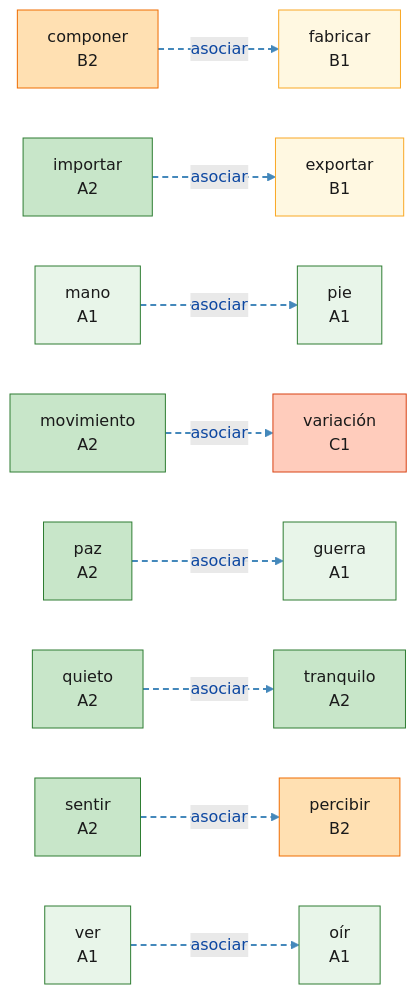
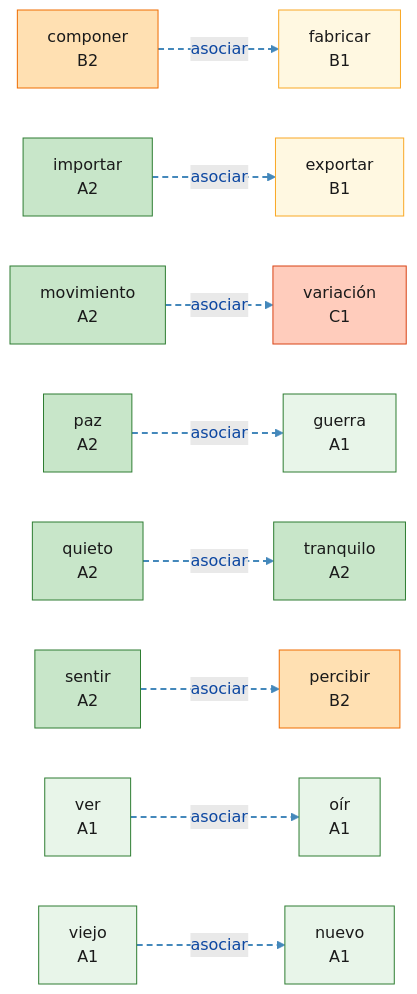
Before and after one commit to auding1900/es-raiz-vocab: the diagram in mindmaps/asociar_m-z-1-3.md, drawn with Mermaid. The commit also changed other lines of this file and 29 other files, not shown here.

First line of the commit message:
feat(data): 新增 C3 词根导图：cent,mill,dec,sept,nov,vet,prim,ult

````diff
--- a/mindmaps/asociar_m-z-1-3.md
+++ b/mindmaps/asociar_m-z-1-3.md
@@ -8,59 +8,59 @@
 ```mermaid
 graph LR
   W_componer["componer<br/>B2"]:::lvlB2
   W_exportar["exportar<br/>B1"]:::lvlB1
   W_fabricar["fabricar<br/>B1"]:::lvlB1
   W_guerra["guerra<br/>A1"]:::lvlA1
   W_importar["importar<br/>A2"]:::lvlA2
-  W_mano["mano<br/>A1"]:::lvlA1
   W_movimiento["movimiento<br/>A2"]:::lvlA2
+  W_nuevo["nuevo<br/>A1"]:::lvlA1
   W_oir["oír<br/>A1"]:::lvlA1
   W_paz["paz<br/>A2"]:::lvlA2
   W_percibir["percibir<br/>B2"]:::lvlB2
-  W_pie["pie<br/>A1"]:::lvlA1
   W_quieto["quieto<br/>A2"]:::lvlA2
   W_sentir["sentir<br/>A2"]:::lvlA2
   W_tranquilo["tranquilo<br/>A2"]:::lvlA2
   W_variacion["variación<br/>C1"]:::lvlC1
   W_ver["ver<br/>A1"]:::lvlA1
+  W_viejo["viejo<br/>A1"]:::lvlA1
   W_paz -.->|asociar| W_guerra
+  W_viejo -.->|asociar| W_nuevo
   W_movimiento -.->|asociar| W_variacion
   W_quieto -.->|asociar| W_tranquilo
   W_componer -.->|asociar| W_fabricar
   W_importar -.->|asociar| W_exportar
   W_ver -.->|asociar| W_oir
   W_sentir -.->|asociar| W_percibir
-  W_mano -.->|asociar| W_pie
   linkStyle 0 stroke:#4488bb,stroke-width:2px,stroke-dasharray:6 4
   linkStyle 1 stroke:#4488bb,stroke-width:2px,stroke-dasharray:6 4
   linkStyle 2 stroke:#4488bb,stroke-width:2px,stroke-dasharray:6 4
   linkStyle 3 stroke:#4488bb,stroke-width:2px,stroke-dasharray:6 4
   linkStyle 4 stroke:#4488bb,stroke-width:2px,stroke-dasharray:6 4
   linkStyle 5 stroke:#4488bb,stroke-width:2px,stroke-dasharray:6 4
   linkStyle 6 stroke:#4488bb,stroke-width:2px,stroke-dasharray:6 4
   linkStyle 7 stroke:#4488bb,stroke-width:2px,stroke-dasharray:6 4
   classDef root fill:#bbdefb,stroke:#1565c0,stroke-width:2px,color:#0d47a1
   classDef lvlA1 fill:#e8f5e9,stroke:#2e7d32,color:#1a1a1a
   classDef lvlA2 fill:#c8e6c9,stroke:#2e7d32,color:#1a1a1a
   classDef lvlB1 fill:#fff8e1,stroke:#f9a825,color:#1a1a1a
   classDef lvlB2 fill:#ffe0b2,stroke:#ef6c00,color:#1a1a1a
   classDef lvlC1 fill:#ffccbc,stroke:#d84315,color:#1a1a1a
   classDef lvlC2 fill:#ffcdd2,stroke:#b71c1c,color:#1a1a1a
   classDef lvlNA fill:#f5f5f5,stroke:#9e9e9e,color:#424242
   click W_componer "https://www.doubao.com/chat?q=%E8%A5%BF%E7%8F%AD%E7%89%99%E8%AF%ADcomponer%EF%BC%8C%E8%AF%8D%E6%A0%B9pon%EF%BC%8C%E8%A7%A3%E9%87%8A%E8%AF%8D%E4%B9%89%E3%80%81DELE%E7%AD%89%E7%BA%A7%E3%80%81%E8%AF%AD%E4%BD%93%E3%80%81%E5%B8%B8%E7%94%A8%E6%90%AD%E9%85%8D%E3%80%81%E8%BF%91%E4%B9%89%E8%AF%8D%E8%BE%A8%E6%9E%90%EF%BC%8C%E5%B9%B6%E4%B8%94%E7%BB%992%E6%9D%A1%E6%9D%A5%E8%87%AA%E5%85%AC%E7%89%88%E8%A5%BF%E8%AF%AD%E6%96%87%E6%9C%AC%EF%BC%88Wikisource%2F%E5%8F%A4%E7%99%BB%E5%A0%A1%EF%BC%89%E7%9A%84%E8%87%AA%E7%84%B6%E4%BE%8B%E5%8F%A5%EF%BC%8C%E4%BE%8B%E5%8F%A5%E4%BC%98%E5%85%88%E9%80%89%E7%94%A8%E7%8E%B0%E4%BB%A3%E6%A0%87%E5%87%86%E8%A5%BF%E7%8F%AD%E7%89%99%E8%AF%AD%EF%BC%8C%E5%8F%A4%E4%BD%93%E4%BE%8B%E5%8F%A5%E6%A0%87%E6%B3%A8%E3%80%90arca%C3%ADsmo%E3%80%91" "豆包查询：componer" _blank
   click W_exportar "https://www.doubao.com/chat?q=%E8%A5%BF%E7%8F%AD%E7%89%99%E8%AF%ADexportar%EF%BC%8C%E8%AF%8D%E6%A0%B9port%EF%BC%8C%E8%A7%A3%E9%87%8A%E8%AF%8D%E4%B9%89%E3%80%81DELE%E7%AD%89%E7%BA%A7%E3%80%81%E8%AF%AD%E4%BD%93%E3%80%81%E5%B8%B8%E7%94%A8%E6%90%AD%E9%85%8D%E3%80%81%E8%BF%91%E4%B9%89%E8%AF%8D%E8%BE%A8%E6%9E%90%EF%BC%8C%E5%B9%B6%E4%B8%94%E7%BB%992%E6%9D%A1%E6%9D%A5%E8%87%AA%E5%85%AC%E7%89%88%E8%A5%BF%E8%AF%AD%E6%96%87%E6%9C%AC%EF%BC%88Wikisource%2F%E5%8F%A4%E7%99%BB%E5%A0%A1%EF%BC%89%E7%9A%84%E8%87%AA%E7%84%B6%E4%BE%8B%E5%8F%A5%EF%BC%8C%E4%BE%8B%E5%8F%A5%E4%BC%98%E5%85%88%E9%80%89%E7%94%A8%E7%8E%B0%E4%BB%A3%E6%A0%87%E5%87%86%E8%A5%BF%E7%8F%AD%E7%89%99%E8%AF%AD%EF%BC%8C%E5%8F%A4%E4%BD%93%E4%BE%8B%E5%8F%A5%E6%A0%87%E6%B3%A8%E3%80%90arca%C3%ADsmo%E3%80%91" "豆包查询：exportar" _blank
   click W_fabricar "https://www.doubao.com/chat?q=%E8%A5%BF%E7%8F%AD%E7%89%99%E8%AF%ADfabricar%EF%BC%8C%E8%AF%8D%E6%A0%B9fac%EF%BC%8C%E8%A7%A3%E9%87%8A%E8%AF%8D%E4%B9%89%E3%80%81DELE%E7%AD%89%E7%BA%A7%E3%80%81%E8%AF%AD%E4%BD%93%E3%80%81%E5%B8%B8%E7%94%A8%E6%90%AD%E9%85%8D%E3%80%81%E8%BF%91%E4%B9%89%E8%AF%8D%E8%BE%A8%E6%9E%90%EF%BC%8C%E5%B9%B6%E4%B8%94%E7%BB%992%E6%9D%A1%E6%9D%A5%E8%87%AA%E5%85%AC%E7%89%88%E8%A5%BF%E8%AF%AD%E6%96%87%E6%9C%AC%EF%BC%88Wikisource%2F%E5%8F%A4%E7%99%BB%E5%A0%A1%EF%BC%89%E7%9A%84%E8%87%AA%E7%84%B6%E4%BE%8B%E5%8F%A5%EF%BC%8C%E4%BE%8B%E5%8F%A5%E4%BC%98%E5%85%88%E9%80%89%E7%94%A8%E7%8E%B0%E4%BB%A3%E6%A0%87%E5%87%86%E8%A5%BF%E7%8F%AD%E7%89%99%E8%AF%AD%EF%BC%8C%E5%8F%A4%E4%BD%93%E4%BE%8B%E5%8F%A5%E6%A0%87%E6%B3%A8%E3%80%90arca%C3%ADsmo%E3%80%91" "豆包查询：fabricar" _blank
   click W_guerra "https://www.doubao.com/chat?q=%E8%A5%BF%E7%8F%AD%E7%89%99%E8%AF%ADguerra%EF%BC%8C%E8%AF%8D%E6%A0%B9bell%EF%BC%8C%E8%A7%A3%E9%87%8A%E8%AF%8D%E4%B9%89%E3%80%81DELE%E7%AD%89%E7%BA%A7%E3%80%81%E8%AF%AD%E4%BD%93%E3%80%81%E5%B8%B8%E7%94%A8%E6%90%AD%E9%85%8D%E3%80%81%E8%BF%91%E4%B9%89%E8%AF%8D%E8%BE%A8%E6%9E%90%EF%BC%8C%E5%B9%B6%E4%B8%94%E7%BB%992%E6%9D%A1%E6%9D%A5%E8%87%AA%E5%85%AC%E7%89%88%E8%A5%BF%E8%AF%AD%E6%96%87%E6%9C%AC%EF%BC%88Wikisource%2F%E5%8F%A4%E7%99%BB%E5%A0%A1%EF%BC%89%E7%9A%84%E8%87%AA%E7%84%B6%E4%BE%8B%E5%8F%A5%EF%BC%8C%E4%BE%8B%E5%8F%A5%E4%BC%98%E5%85%88%E9%80%89%E7%94%A8%E7%8E%B0%E4%BB%A3%E6%A0%87%E5%87%86%E8%A5%BF%E7%8F%AD%E7%89%99%E8%AF%AD%EF%BC%8C%E5%8F%A4%E4%BD%93%E4%BE%8B%E5%8F%A5%E6%A0%87%E6%B3%A8%E3%80%90arca%C3%ADsmo%E3%80%91" "豆包查询：guerra" _blank
   click W_importar "https://www.doubao.com/chat?q=%E8%A5%BF%E7%8F%AD%E7%89%99%E8%AF%ADimportar%EF%BC%8C%E8%AF%8D%E6%A0%B9port%EF%BC%8C%E8%A7%A3%E9%87%8A%E8%AF%8D%E4%B9%89%E3%80%81DELE%E7%AD%89%E7%BA%A7%E3%80%81%E8%AF%AD%E4%BD%93%E3%80%81%E5%B8%B8%E7%94%A8%E6%90%AD%E9%85%8D%E3%80%81%E8%BF%91%E4%B9%89%E8%AF%8D%E8%BE%A8%E6%9E%90%EF%BC%8C%E5%B9%B6%E4%B8%94%E7%BB%992%E6%9D%A1%E6%9D%A5%E8%87%AA%E5%85%AC%E7%89%88%E8%A5%BF%E8%AF%AD%E6%96%87%E6%9C%AC%EF%BC%88Wikisource%2F%E5%8F%A4%E7%99%BB%E5%A0%A1%EF%BC%89%E7%9A%84%E8%87%AA%E7%84%B6%E4%BE%8B%E5%8F%A5%EF%BC%8C%E4%BE%8B%E5%8F%A5%E4%BC%98%E5%85%88%E9%80%89%E7%94%A8%E7%8E%B0%E4%BB%A3%E6%A0%87%E5%87%86%E8%A5%BF%E7%8F%AD%E7%89%99%E8%AF%AD%EF%BC%8C%E5%8F%A4%E4%BD%93%E4%BE%8B%E5%8F%A5%E6%A0%87%E6%B3%A8%E3%80%90arca%C3%ADsmo%E3%80%91" "豆包查询：importar" _blank
-  click W_mano "https://www.doubao.com/chat?q=%E8%A5%BF%E7%8F%AD%E7%89%99%E8%AF%ADmano%EF%BC%8C%E8%AF%8D%E6%A0%B9man%EF%BC%8C%E8%A7%A3%E9%87%8A%E8%AF%8D%E4%B9%89%E3%80%81DELE%E7%AD%89%E7%BA%A7%E3%80%81%E8%AF%AD%E4%BD%93%E3%80%81%E5%B8%B8%E7%94%A8%E6%90%AD%E9%85%8D%E3%80%81%E8%BF%91%E4%B9%89%E8%AF%8D%E8%BE%A8%E6%9E%90%EF%BC%8C%E5%B9%B6%E4%B8%94%E7%BB%992%E6%9D%A1%E6%9D%A5%E8%87%AA%E5%85%AC%E7%89%88%E8%A5%BF%E8%AF%AD%E6%96%87%E6%9C%AC%EF%BC%88Wikisource%2F%E5%8F%A4%E7%99%BB%E5%A0%A1%EF%BC%89%E7%9A%84%E8%87%AA%E7%84%B6%E4%BE%8B%E5%8F%A5%EF%BC%8C%E4%BE%8B%E5%8F%A5%E4%BC%98%E5%85%88%E9%80%89%E7%94%A8%E7%8E%B0%E4%BB%A3%E6%A0%87%E5%87%86%E8%A5%BF%E7%8F%AD%E7%89%99%E8%AF%AD%EF%BC%8C%E5%8F%A4%E4%BD%93%E4%BE%8B%E5%8F%A5%E6%A0%87%E6%B3%A8%E3%80%90arca%C3%ADsmo%E3%80%91" "豆包查询：mano" _blank
   click W_movimiento "https://www.doubao.com/chat?q=%E8%A5%BF%E7%8F%AD%E7%89%99%E8%AF%ADmovimiento%EF%BC%8C%E8%AF%8D%E6%A0%B9mov%EF%BC%8C%E8%A7%A3%E9%87%8A%E8%AF%8D%E4%B9%89%E3%80%81DELE%E7%AD%89%E7%BA%A7%E3%80%81%E8%AF%AD%E4%BD%93%E3%80%81%E5%B8%B8%E7%94%A8%E6%90%AD%E9%85%8D%E3%80%81%E8%BF%91%E4%B9%89%E8%AF%8D%E8%BE%A8%E6%9E%90%EF%BC%8C%E5%B9%B6%E4%B8%94%E7%BB%992%E6%9D%A1%E6%9D%A5%E8%87%AA%E5%85%AC%E7%89%88%E8%A5%BF%E8%AF%AD%E6%96%87%E6%9C%AC%EF%BC%88Wikisource%2F%E5%8F%A4%E7%99%BB%E5%A0%A1%EF%BC%89%E7%9A%84%E8%87%AA%E7%84%B6%E4%BE%8B%E5%8F%A5%EF%BC%8C%E4%BE%8B%E5%8F%A5%E4%BC%98%E5%85%88%E9%80%89%E7%94%A8%E7%8E%B0%E4%BB%A3%E6%A0%87%E5%87%86%E8%A5%BF%E7%8F%AD%E7%89%99%E8%AF%AD%EF%BC%8C%E5%8F%A4%E4%BD%93%E4%BE%8B%E5%8F%A5%E6%A0%87%E6%B3%A8%E3%80%90arca%C3%ADsmo%E3%80%91" "豆包查询：movimiento" _blank
+  click W_nuevo "https://www.doubao.com/chat?q=%E8%A5%BF%E7%8F%AD%E7%89%99%E8%AF%ADnuevo%EF%BC%8C%E8%AF%8D%E6%A0%B9nov%EF%BC%8C%E8%A7%A3%E9%87%8A%E8%AF%8D%E4%B9%89%E3%80%81DELE%E7%AD%89%E7%BA%A7%E3%80%81%E8%AF%AD%E4%BD%93%E3%80%81%E5%B8%B8%E7%94%A8%E6%90%AD%E9%85%8D%E3%80%81%E8%BF%91%E4%B9%89%E8%AF%8D%E8%BE%A8%E6%9E%90%EF%BC%8C%E5%B9%B6%E4%B8%94%E7%BB%992%E6%9D%A1%E6%9D%A5%E8%87%AA%E5%85%AC%E7%89%88%E8%A5%BF%E8%AF%AD%E6%96%87%E6%9C%AC%EF%BC%88Wikisource%2F%E5%8F%A4%E7%99%BB%E5%A0%A1%EF%BC%89%E7%9A%84%E8%87%AA%E7%84%B6%E4%BE%8B%E5%8F%A5%EF%BC%8C%E4%BE%8B%E5%8F%A5%E4%BC%98%E5%85%88%E9%80%89%E7%94%A8%E7%8E%B0%E4%BB%A3%E6%A0%87%E5%87%86%E8%A5%BF%E7%8F%AD%E7%89%99%E8%AF%AD%EF%BC%8C%E5%8F%A4%E4%BD%93%E4%BE%8B%E5%8F%A5%E6%A0%87%E6%B3%A8%E3%80%90arca%C3%ADsmo%E3%80%91" "豆包查询：nuevo" _blank
   click W_oir "https://www.doubao.com/chat?q=%E8%A5%BF%E7%8F%AD%E7%89%99%E8%AF%ADo%C3%ADr%EF%BC%8C%E8%AF%8D%E6%A0%B9aud%EF%BC%8C%E8%A7%A3%E9%87%8A%E8%AF%8D%E4%B9%89%E3%80%81DELE%E7%AD%89%E7%BA%A7%E3%80%81%E8%AF%AD%E4%BD%93%E3%80%81%E5%B8%B8%E7%94%A8%E6%90%AD%E9%85%8D%E3%80%81%E8%BF%91%E4%B9%89%E8%AF%8D%E8%BE%A8%E6%9E%90%EF%BC%8C%E5%B9%B6%E4%B8%94%E7%BB%992%E6%9D%A1%E6%9D%A5%E8%87%AA%E5%85%AC%E7%89%88%E8%A5%BF%E8%AF%AD%E6%96%87%E6%9C%AC%EF%BC%88Wikisource%2F%E5%8F%A4%E7%99%BB%E5%A0%A1%EF%BC%89%E7%9A%84%E8%87%AA%E7%84%B6%E4%BE%8B%E5%8F%A5%EF%BC%8C%E4%BE%8B%E5%8F%A5%E4%BC%98%E5%85%88%E9%80%89%E7%94%A8%E7%8E%B0%E4%BB%A3%E6%A0%87%E5%87%86%E8%A5%BF%E7%8F%AD%E7%89%99%E8%AF%AD%EF%BC%8C%E5%8F%A4%E4%BD%93%E4%BE%8B%E5%8F%A5%E6%A0%87%E6%B3%A8%E3%80%90arca%C3%ADsmo%E3%80%91" "豆包查询：oír" _blank
   click W_paz "https://www.doubao.com/chat?q=%E8%A5%BF%E7%8F%AD%E7%89%99%E8%AF%ADpaz%EF%BC%8C%E8%AF%8D%E6%A0%B9pac%EF%BC%8C%E8%A7%A3%E9%87%8A%E8%AF%8D%E4%B9%89%E3%80%81DELE%E7%AD%89%E7%BA%A7%E3%80%81%E8%AF%AD%E4%BD%93%E3%80%81%E5%B8%B8%E7%94%A8%E6%90%AD%E9%85%8D%E3%80%81%E8%BF%91%E4%B9%89%E8%AF%8D%E8%BE%A8%E6%9E%90%EF%BC%8C%E5%B9%B6%E4%B8%94%E7%BB%992%E6%9D%A1%E6%9D%A5%E8%87%AA%E5%85%AC%E7%89%88%E8%A5%BF%E8%AF%AD%E6%96%87%E6%9C%AC%EF%BC%88Wikisource%2F%E5%8F%A4%E7%99%BB%E5%A0%A1%EF%BC%89%E7%9A%84%E8%87%AA%E7%84%B6%E4%BE%8B%E5%8F%A5%EF%BC%8C%E4%BE%8B%E5%8F%A5%E4%BC%98%E5%85%88%E9%80%89%E7%94%A8%E7%8E%B0%E4%BB%A3%E6%A0%87%E5%87%86%E8%A5%BF%E7%8F%AD%E7%89%99%E8%AF%AD%EF%BC%8C%E5%8F%A4%E4%BD%93%E4%BE%8B%E5%8F%A5%E6%A0%87%E6%B3%A8%E3%80%90arca%C3%ADsmo%E3%80%91" "豆包查询：paz" _blank
   click W_percibir "https://www.doubao.com/chat?q=%E8%A5%BF%E7%8F%AD%E7%89%99%E8%AF%ADpercibir%EF%BC%8C%E8%AF%8D%E6%A0%B9cap%EF%BC%8C%E8%A7%A3%E9%87%8A%E8%AF%8D%E4%B9%89%E3%80%81DELE%E7%AD%89%E7%BA%A7%E3%80%81%E8%AF%AD%E4%BD%93%E3%80%81%E5%B8%B8%E7%94%A8%E6%90%AD%E9%85%8D%E3%80%81%E8%BF%91%E4%B9%89%E8%AF%8D%E8%BE%A8%E6%9E%90%EF%BC%8C%E5%B9%B6%E4%B8%94%E7%BB%992%E6%9D%A1%E6%9D%A5%E8%87%AA%E5%85%AC%E7%89%88%E8%A5%BF%E8%AF%AD%E6%96%87%E6%9C%AC%EF%BC%88Wikisource%2F%E5%8F%A4%E7%99%BB%E5%A0%A1%EF%BC%89%E7%9A%84%E8%87%AA%E7%84%B6%E4%BE%8B%E5%8F%A5%EF%BC%8C%E4%BE%8B%E5%8F%A5%E4%BC%98%E5%85%88%E9%80%89%E7%94%A8%E7%8E%B0%E4%BB%A3%E6%A0%87%E5%87%86%E8%A5%BF%E7%8F%AD%E7%89%99%E8%AF%AD%EF%BC%8C%E5%8F%A4%E4%BD%93%E4%BE%8B%E5%8F%A5%E6%A0%87%E6%B3%A8%E3%80%90arca%C3%ADsmo%E3%80%91" "豆包查询：percibir" _blank
-  click W_pie "https://www.doubao.com/chat?q=%E8%A5%BF%E7%8F%AD%E7%89%99%E8%AF%ADpie%EF%BC%8C%E8%AF%8D%E6%A0%B9ped%EF%BC%8C%E8%A7%A3%E9%87%8A%E8%AF%8D%E4%B9%89%E3%80%81DELE%E7%AD%89%E7%BA%A7%E3%80%81%E8%AF%AD%E4%BD%93%E3%80%81%E5%B8%B8%E7%94%A8%E6%90%AD%E9%85%8D%E3%80%81%E8%BF%91%E4%B9%89%E8%AF%8D%E8%BE%A8%E6%9E%90%EF%BC%8C%E5%B9%B6%E4%B8%94%E7%BB%992%E6%9D%A1%E6%9D%A5%E8%87%AA%E5%85%AC%E7%89%88%E8%A5%BF%E8%AF%AD%E6%96%87%E6%9C%AC%EF%BC%88Wikisource%2F%E5%8F%A4%E7%99%BB%E5%A0%A1%EF%BC%89%E7%9A%84%E8%87%AA%E7%84%B6%E4%BE%8B%E5%8F%A5%EF%BC%8C%E4%BE%8B%E5%8F%A5%E4%BC%98%E5%85%88%E9%80%89%E7%94%A8%E7%8E%B0%E4%BB%A3%E6%A0%87%E5%87%86%E8%A5%BF%E7%8F%AD%E7%89%99%E8%AF%AD%EF%BC%8C%E5%8F%A4%E4%BD%93%E4%BE%8B%E5%8F%A5%E6%A0%87%E6%B3%A8%E3%80%90arca%C3%ADsmo%E3%80%91" "豆包查询：pie" _blank
   click W_quieto "https://www.doubao.com/chat?q=%E8%A5%BF%E7%8F%AD%E7%89%99%E8%AF%ADquieto%EF%BC%8C%E8%AF%8D%E6%A0%B9quies%EF%BC%8C%E8%A7%A3%E9%87%8A%E8%AF%8D%E4%B9%89%E3%80%81DELE%E7%AD%89%E7%BA%A7%E3%80%81%E8%AF%AD%E4%BD%93%E3%80%81%E5%B8%B8%E7%94%A8%E6%90%AD%E9%85%8D%E3%80%81%E8%BF%91%E4%B9%89%E8%AF%8D%E8%BE%A8%E6%9E%90%EF%BC%8C%E5%B9%B6%E4%B8%94%E7%BB%992%E6%9D%A1%E6%9D%A5%E8%87%AA%E5%85%AC%E7%89%88%E8%A5%BF%E8%AF%AD%E6%96%87%E6%9C%AC%EF%BC%88Wikisource%2F%E5%8F%A4%E7%99%BB%E5%A0%A1%EF%BC%89%E7%9A%84%E8%87%AA%E7%84%B6%E4%BE%8B%E5%8F%A5%EF%BC%8C%E4%BE%8B%E5%8F%A5%E4%BC%98%E5%85%88%E9%80%89%E7%94%A8%E7%8E%B0%E4%BB%A3%E6%A0%87%E5%87%86%E8%A5%BF%E7%8F%AD%E7%89%99%E8%AF%AD%EF%BC%8C%E5%8F%A4%E4%BD%93%E4%BE%8B%E5%8F%A5%E6%A0%87%E6%B3%A8%E3%80%90arca%C3%ADsmo%E3%80%91" "豆包查询：quieto" _blank
   click W_sentir "https://www.doubao.com/chat?q=%E8%A5%BF%E7%8F%AD%E7%89%99%E8%AF%ADsentir%EF%BC%8C%E8%AF%8D%E6%A0%B9sent%EF%BC%8C%E8%A7%A3%E9%87%8A%E8%AF%8D%E4%B9%89%E3%80%81DELE%E7%AD%89%E7%BA%A7%E3%80%81%E8%AF%AD%E4%BD%93%E3%80%81%E5%B8%B8%E7%94%A8%E6%90%AD%E9%85%8D%E3%80%81%E8%BF%91%E4%B9%89%E8%AF%8D%E8%BE%A8%E6%9E%90%EF%BC%8C%E5%B9%B6%E4%B8%94%E7%BB%992%E6%9D%A1%E6%9D%A5%E8%87%AA%E5%85%AC%E7%89%88%E8%A5%BF%E8%AF%AD%E6%96%87%E6%9C%AC%EF%BC%88Wikisource%2F%E5%8F%A4%E7%99%BB%E5%A0%A1%EF%BC%89%E7%9A%84%E8%87%AA%E7%84%B6%E4%BE%8B%E5%8F%A5%EF%BC%8C%E4%BE%8B%E5%8F%A5%E4%BC%98%E5%85%88%E9%80%89%E7%94%A8%E7%8E%B0%E4%BB%A3%E6%A0%87%E5%87%86%E8%A5%BF%E7%8F%AD%E7%89%99%E8%AF%AD%EF%BC%8C%E5%8F%A4%E4%BD%93%E4%BE%8B%E5%8F%A5%E6%A0%87%E6%B3%A8%E3%80%90arca%C3%ADsmo%E3%80%91" "豆包查询：sentir" _blank
   click W_tranquilo "https://www.doubao.com/chat?q=%E8%A5%BF%E7%8F%AD%E7%89%99%E8%AF%ADtranquilo%EF%BC%8C%E8%AF%8D%E6%A0%B9tranqu%EF%BC%8C%E8%A7%A3%E9%87%8A%E8%AF%8D%E4%B9%89%E3%80%81DELE%E7%AD%89%E7%BA%A7%E3%80%81%E8%AF%AD%E4%BD%93%E3%80%81%E5%B8%B8%E7%94%A8%E6%90%AD%E9%85%8D%E3%80%81%E8%BF%91%E4%B9%89%E8%AF%8D%E8%BE%A8%E6%9E%90%EF%BC%8C%E5%B9%B6%E4%B8%94%E7%BB%992%E6%9D%A1%E6%9D%A5%E8%87%AA%E5%85%AC%E7%89%88%E8%A5%BF%E8%AF%AD%E6%96%87%E6%9C%AC%EF%BC%88Wikisource%2F%E5%8F%A4%E7%99%BB%E5%A0%A1%EF%BC%89%E7%9A%84%E8%87%AA%E7%84%B6%E4%BE%8B%E5%8F%A5%EF%BC%8C%E4%BE%8B%E5%8F%A5%E4%BC%98%E5%85%88%E9%80%89%E7%94%A8%E7%8E%B0%E4%BB%A3%E6%A0%87%E5%87%86%E8%A5%BF%E7%8F%AD%E7%89%99%E8%AF%AD%EF%BC%8C%E5%8F%A4%E4%BD%93%E4%BE%8B%E5%8F%A5%E6%A0%87%E6%B3%A8%E3%80%90arca%C3%ADsmo%E3%80%91" "豆包查询：tranquilo" _blank
   click W_variacion "https://www.doubao.com/chat?q=%E8%A5%BF%E7%8F%AD%E7%89%99%E8%AF%ADvariaci%C3%B3n%EF%BC%8C%E8%AF%8D%E6%A0%B9vari%EF%BC%8C%E8%A7%A3%E9%87%8A%E8%AF%8D%E4%B9%89%E3%80%81DELE%E7%AD%89%E7%BA%A7%E3%80%81%E8%AF%AD%E4%BD%93%E3%80%81%E5%B8%B8%E7%94%A8%E6%90%AD%E9%85%8D%E3%80%81%E8%BF%91%E4%B9%89%E8%AF%8D%E8%BE%A8%E6%9E%90%EF%BC%8C%E5%B9%B6%E4%B8%94%E7%BB%992%E6%9D%A1%E6%9D%A5%E8%87%AA%E5%85%AC%E7%89%88%E8%A5%BF%E8%AF%AD%E6%96%87%E6%9C%AC%EF%BC%88Wikisource%2F%E5%8F%A4%E7%99%BB%E5%A0%A1%EF%BC%89%E7%9A%84%E8%87%AA%E7%84%B6%E4%BE%8B%E5%8F%A5%EF%BC%8C%E4%BE%8B%E5%8F%A5%E4%BC%98%E5%85%88%E9%80%89%E7%94%A8%E7%8E%B0%E4%BB%A3%E6%A0%87%E5%87%86%E8%A5%BF%E7%8F%AD%E7%89%99%E8%AF%AD%EF%BC%8C%E5%8F%A4%E4%BD%93%E4%BE%8B%E5%8F%A5%E6%A0%87%E6%B3%A8%E3%80%90arca%C3%ADsmo%E3%80%91" "豆包查询：variación" _blank
   click W_ver "https://www.doubao.com/chat?q=%E8%A5%BF%E7%8F%AD%E7%89%99%E8%AF%ADver%EF%BC%8C%E8%AF%8D%E6%A0%B9vid%EF%BC%8C%E8%A7%A3%E9%87%8A%E8%AF%8D%E4%B9%89%E3%80%81DELE%E7%AD%89%E7%BA%A7%E3%80%81%E8%AF%AD%E4%BD%93%E3%80%81%E5%B8%B8%E7%94%A8%E6%90%AD%E9%85%8D%E3%80%81%E8%BF%91%E4%B9%89%E8%AF%8D%E8%BE%A8%E6%9E%90%EF%BC%8C%E5%B9%B6%E4%B8%94%E7%BB%992%E6%9D%A1%E6%9D%A5%E8%87%AA%E5%85%AC%E7%89%88%E8%A5%BF%E8%AF%AD%E6%96%87%E6%9C%AC%EF%BC%88Wikisource%2F%E5%8F%A4%E7%99%BB%E5%A0%A1%EF%BC%89%E7%9A%84%E8%87%AA%E7%84%B6%E4%BE%8B%E5%8F%A5%EF%BC%8C%E4%BE%8B%E5%8F%A5%E4%BC%98%E5%85%88%E9%80%89%E7%94%A8%E7%8E%B0%E4%BB%A3%E6%A0%87%E5%87%86%E8%A5%BF%E7%8F%AD%E7%89%99%E8%AF%AD%EF%BC%8C%E5%8F%A4%E4%BD%93%E4%BE%8B%E5%8F%A5%E6%A0%87%E6%B3%A8%E3%80%90arca%C3%ADsmo%E3%80%91" "豆包查询：ver" _blank
+  click W_viejo "https://www.doubao.com/chat?q=%E8%A5%BF%E7%8F%AD%E7%89%99%E8%AF%ADviejo%EF%BC%8C%E8%AF%8D%E6%A0%B9vet%EF%BC%8C%E8%A7%A3%E9%87%8A%E8%AF%8D%E4%B9%89%E3%80%81DELE%E7%AD%89%E7%BA%A7%E3%80%81%E8%AF%AD%E4%BD%93%E3%80%81%E5%B8%B8%E7%94%A8%E6%90%AD%E9%85%8D%E3%80%81%E8%BF%91%E4%B9%89%E8%AF%8D%E8%BE%A8%E6%9E%90%EF%BC%8C%E5%B9%B6%E4%B8%94%E7%BB%992%E6%9D%A1%E6%9D%A5%E8%87%AA%E5%85%AC%E7%89%88%E8%A5%BF%E8%AF%AD%E6%96%87%E6%9C%AC%EF%BC%88Wikisource%2F%E5%8F%A4%E7%99%BB%E5%A0%A1%EF%BC%89%E7%9A%84%E8%87%AA%E7%84%B6%E4%BE%8B%E5%8F%A5%EF%BC%8C%E4%BE%8B%E5%8F%A5%E4%BC%98%E5%85%88%E9%80%89%E7%94%A8%E7%8E%B0%E4%BB%A3%E6%A0%87%E5%87%86%E8%A5%BF%E7%8F%AD%E7%89%99%E8%AF%AD%EF%BC%8C%E5%8F%A4%E4%BD%93%E4%BE%8B%E5%8F%A5%E6%A0%87%E6%B3%A8%E3%80%90arca%C3%ADsmo%E3%80%91" "豆包查询：viejo" _blank
 ```
````
